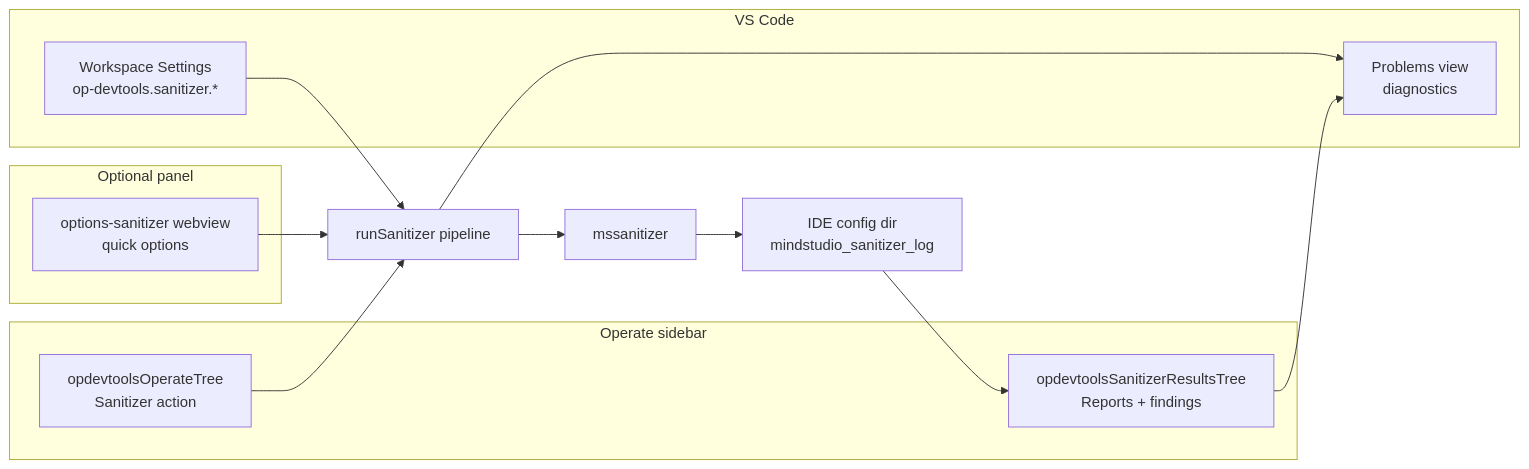
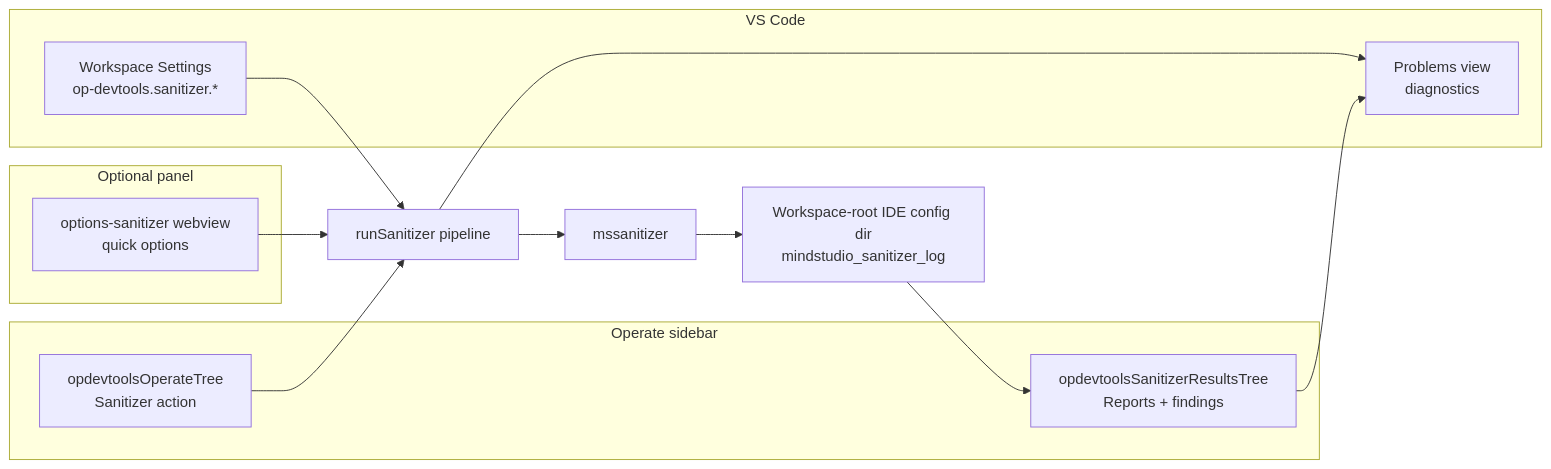
One commit to IdeFrontend/opdev_plugin changed the first of 2 diagrams in docs/sanitizer.md. Above: the diagram before and after it, drawn with Mermaid. The commit also changed other lines of this file and 287 other files, not shown here.

````diff
--- a/docs/sanitizer.md
+++ b/docs/sanitizer.md
@@ -26,23 +26,23 @@
 ```mermaid
 flowchart LR
   subgraph Operate["Operate sidebar"]
     FlowTree["opdevtoolsOperateTree\nSanitizer action"]
     ResultsTree["opdevtoolsSanitizerResultsTree\nReports + findings"]
   end
   subgraph Optional["Optional panel"]
     Options["options-sanitizer webview\nquick options"]
   end
   subgraph VSCode["VS Code"]
     Problems["Problems view\ndiagnostics"]
     Settings["Workspace Settings\nop-devtools.sanitizer.*"]
   end
 
   FlowTree --> Run["runSanitizer pipeline"]
   Options --> Run
   Run --> CLI["mssanitizer"]
-  CLI --> Logs["IDE config dir\nmindstudio_sanitizer_log"]
+  CLI --> Logs["Workspace-root IDE config dir\nmindstudio_sanitizer_log"]
   Logs --> ResultsTree
   Run --> Problems
   ResultsTree --> Problems
   Settings --> Run
 ```
````
